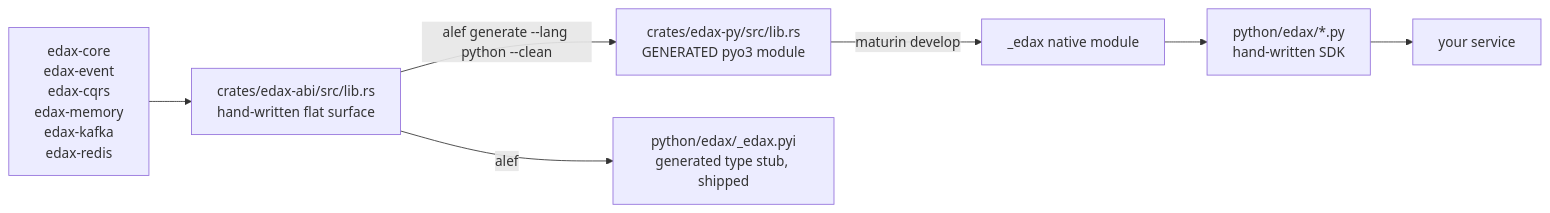
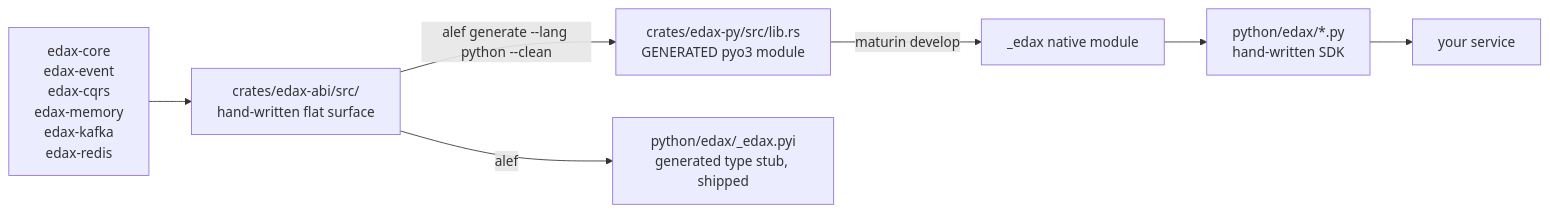
Before and after one commit to haskian/edax: the third of 4 diagrams in docs/architecture.md, drawn with Mermaid. The commit also changed other lines of this file and 288 other files, not shown here.

````diff
--- a/docs/architecture.md
+++ b/docs/architecture.md
@@ -132,9 +135,9 @@
 ```mermaid
 flowchart LR
-    K["edax-core<br/>edax-event<br/>edax-cqrs<br/>edax-memory<br/>edax-kafka<br/>edax-redis"] --> ABI["crates/edax-abi/src/lib.rs<br/>hand-written flat surface"]
+    K["edax-core<br/>edax-event<br/>edax-cqrs<br/>edax-memory<br/>edax-kafka<br/>edax-redis"] --> ABI["crates/edax-abi/src/<br/>hand-written flat surface"]
     ABI -->|"alef generate --lang python --clean"| GEN["crates/edax-py/src/lib.rs<br/>GENERATED pyo3 module"]
     ABI -->|"alef"| STUB["python/edax/_edax.pyi<br/>generated type stub, shipped"]
     GEN -->|"maturin develop"| SO["_edax native module"]
     SO --> PKG["python/edax/*.py<br/>hand-written SDK"]
     PKG --> APP["your service"]
 ```
````
